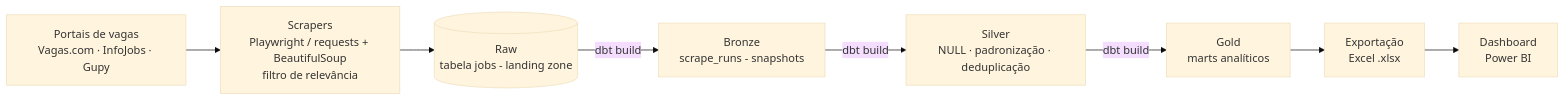
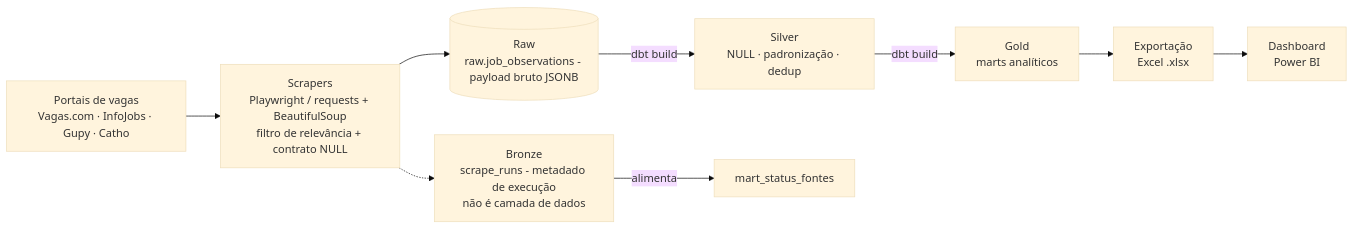
One commit to Willian-Cruz/hub_vagas changed the first of 3 diagrams in README.md. Above: the diagram before and after it, drawn with Mermaid (base theme). The commit also changed other lines of this file and 39 other files, not shown here.

Commit message:
feat(fase1): raw verdadeira, relevância salva, salário estruturado, senioridade única no dbt

````diff
--- a/README.md
+++ b/README.md
@@ -28,10 +28,11 @@
 ```mermaid
 flowchart LR
-    A[Portais de vagas<br/>Vagas.com · InfoJobs · Gupy] --> B[Scrapers<br/>Playwright / requests + BeautifulSoup<br/>filtro de relevância]
-    B --> C[(Raw<br/>tabela jobs - landing zone)]
-    C -->|dbt build| D[Bronze<br/>scrape_runs - snapshots]
-    D -->|dbt build| E[Silver<br/>NULL · padronização · deduplicação]
-    E -->|dbt build| F[Gold<br/>marts analíticos]
-    F --> G[Exportação<br/>Excel .xlsx]
-    G --> H[Dashboard<br/>Power BI]
+    A[Portais de vagas<br/>Vagas.com · InfoJobs · Gupy · Catho] --> B[Scrapers<br/>Playwright / requests + BeautifulSoup<br/>filtro de relevância + contrato NULL]
+    B --> C[(Raw<br/>raw.job_observations - payload bruto JSONB)]
+    C -->|dbt build| D[Silver<br/>NULL · padronização · dedup]
+    D -->|dbt build| E[Gold<br/>marts analíticos]
+    E --> F[Exportação<br/>Excel .xlsx]
+    F --> G[Dashboard<br/>Power BI]
+    B -.-> H[Bronze<br/>scrape_runs - metadado de execução<br/>não é camada de dados]
+    H -->|alimenta| I[mart_status_fontes]
 ```
````
